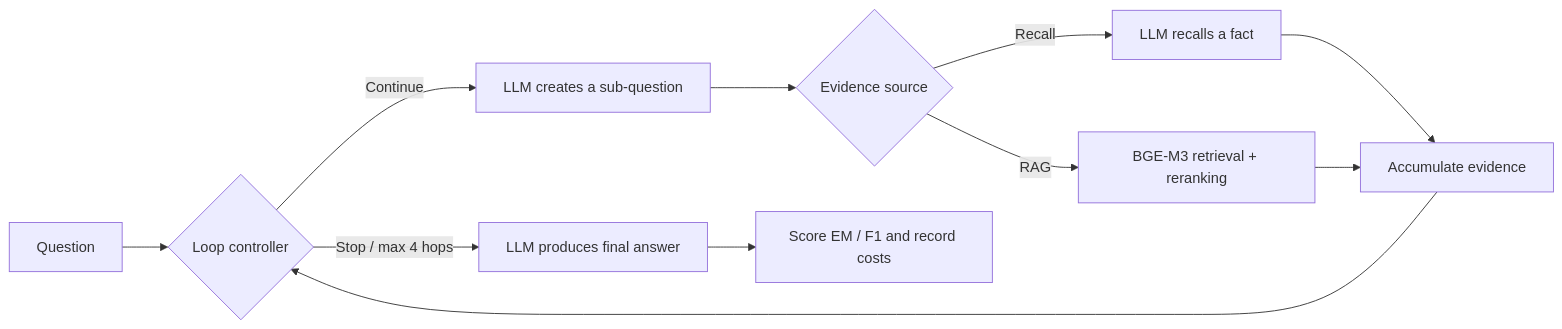
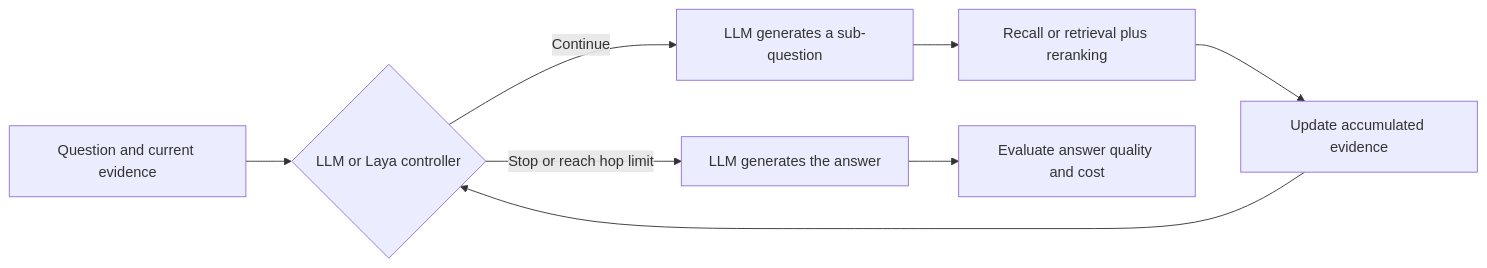
The diagram in README.en.md (RoyalMilkteaMaster/laya-model-research), drawn with Mermaid before and after one commit. The commit also changed other lines of this file and 13 other files, not shown here.

````diff
--- a/README.en.md
+++ b/README.en.md
@@ -25,13 +54,10 @@
 ```mermaid
 flowchart LR
-  Q[Question] --> C{Loop controller}
-  C -->|Continue| L[LLM creates a sub-question]
-  L --> E{Evidence source}
-  E -->|Recall| M[LLM recalls a fact]
-  E -->|RAG| R[BGE-M3 retrieval + reranking]
-  M --> A[Accumulate evidence]
-  R --> A
-  A --> C
-  C -->|Stop / max 4 hops| F[LLM produces final answer]
-  F --> S[Score EM / F1 and record costs]
+    Q[Question and current evidence] --> C{LLM or Laya controller}
+    C -->|Continue| D[LLM generates a sub-question]
+    D --> E[Recall or retrieval plus reranking]
+    E --> U[Update accumulated evidence]
+    U --> C
+    C -->|Stop or reach hop limit| A[LLM generates the answer]
+    A --> M[Evaluate answer quality and cost]
 ```
````
